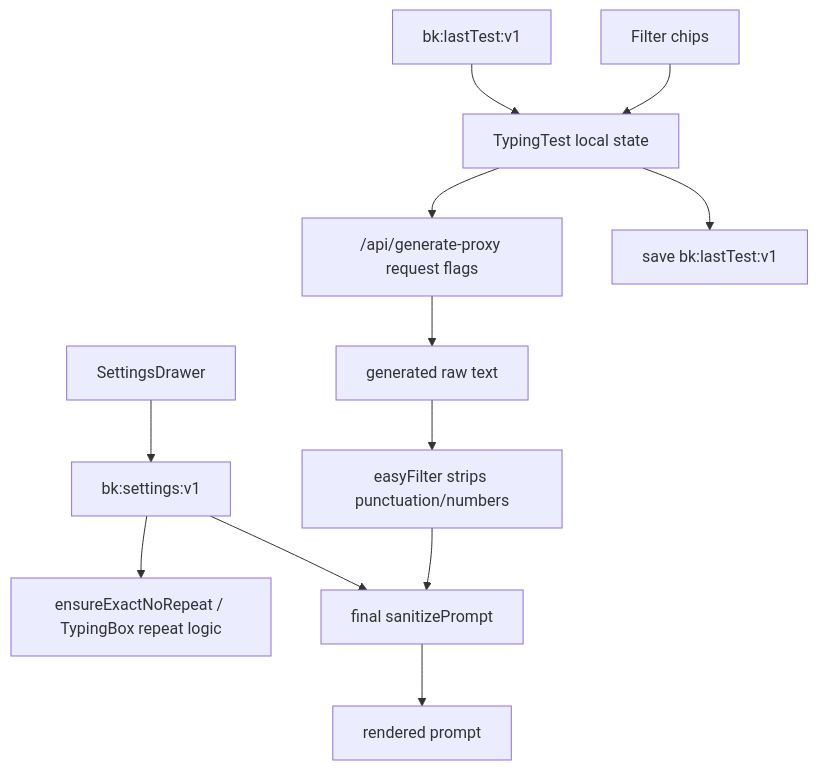
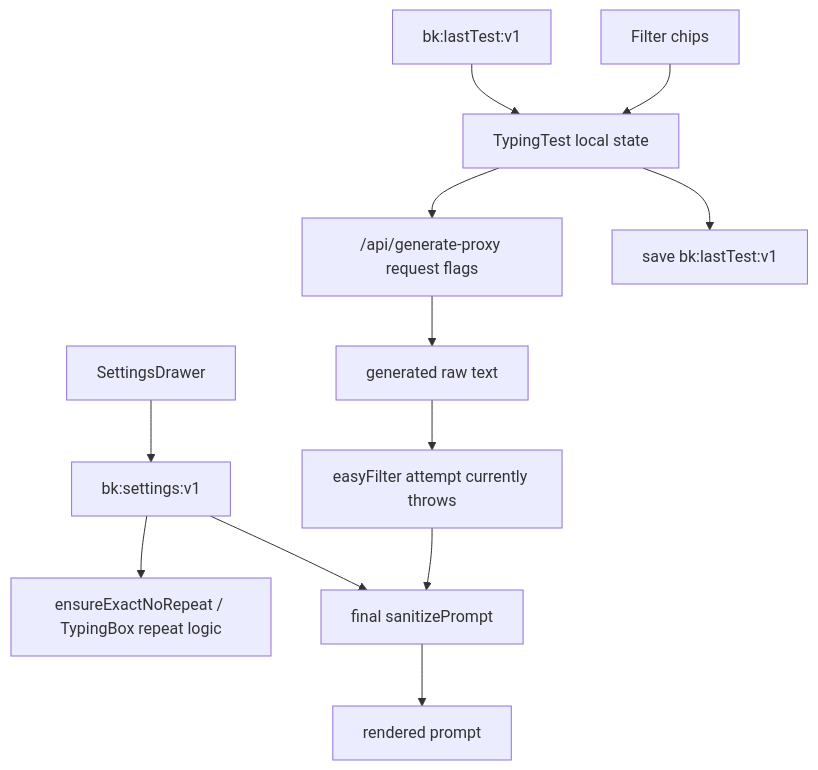
One commit to kf79046/keystrokeAI changed the diagram in docs/settings-flow.md. Above: the diagram before and after it, drawn with Mermaid. The commit also changed other lines of this file and 10 other files, not shown here.

````diff
--- a/docs/settings-flow.md
+++ b/docs/settings-flow.md
@@ -48,14 +48,14 @@
 ```mermaid
 flowchart TD
   Drawer["SettingsDrawer"] --> Settings["bk:settings:v1"]
   Last["bk:lastTest:v1"] --> Local["TypingTest local state"]
   Chips["Filter chips"] --> Local
   Local --> Request["/api/generate-proxy request flags"]
   Local --> Save["save bk:lastTest:v1"]
   Settings --> Repeat["ensureExactNoRepeat / TypingBox repeat logic"]
   Settings --> Sanitize["final sanitizePrompt"]
   Request --> Raw["generated raw text"]
-  Raw --> Easy["easyFilter strips punctuation/numbers"]
+  Raw --> Easy["easyFilter attempt currently throws"]
   Easy --> Sanitize
   Sanitize --> Render["rendered prompt"]
 ```
````
